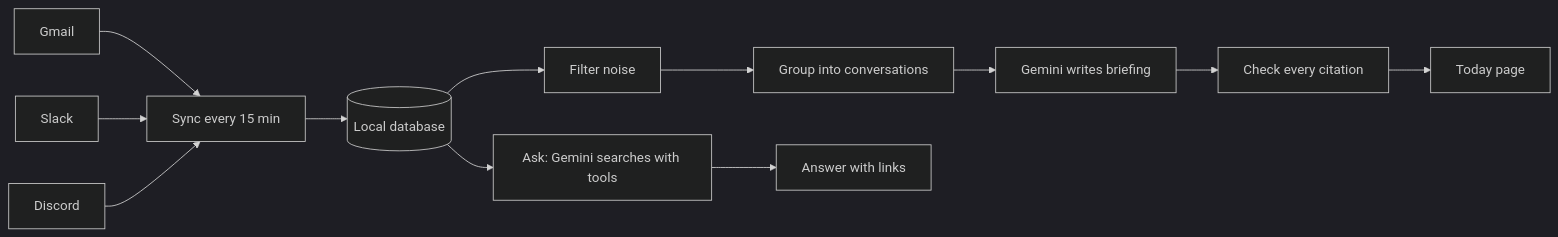
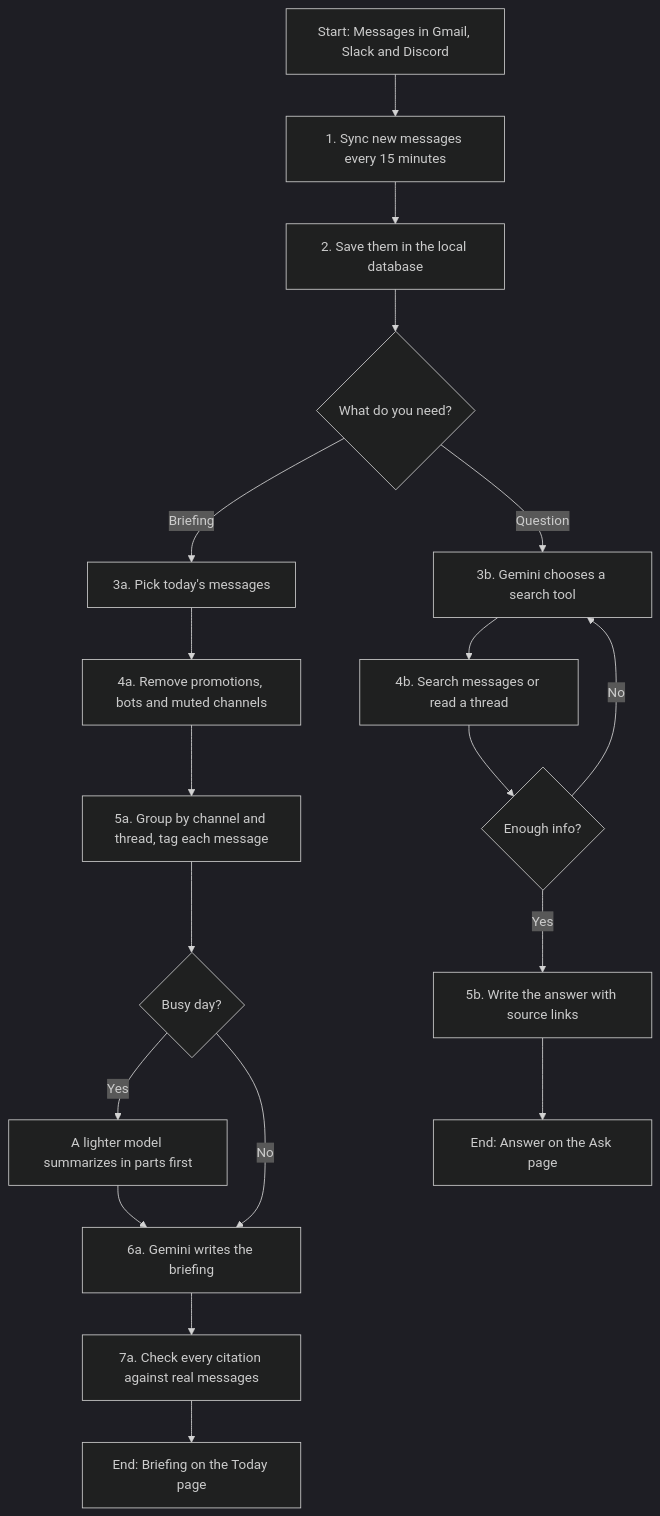
One commit to ShashwatXD/context-os changed the diagram in README.md. Above: the diagram before and after it, drawn with Mermaid (dark theme).

````diff
--- a/README.md
+++ b/README.md
@@ -31,14 +31,23 @@
 ```mermaid
-flowchart LR
-    A[Gmail] --> D[Sync every 15 min]
-    B[Slack] --> D
-    C[Discord] --> D
-    D --> E[(Local database)]
-    E --> F[Filter noise]
-    F --> G[Group into conversations]
-    G --> H[Gemini writes briefing]
-    H --> I[Check every citation]
-    I --> J[Today page]
-    E --> K[Ask: Gemini searches with tools]
-    K --> L[Answer with links]
+graph TD
+    A[Start: Messages in Gmail, Slack and Discord] --> B[1. Sync new messages every 15 minutes];
+    B --> C[2. Save them in the local database];
+    C --> D{What do you need?};
+
+    D -- Briefing --> E1[3a. Pick today's messages];
+    E1 --> F1[4a. Remove promotions, bots and muted channels];
+    F1 --> G1[5a. Group by channel and thread, tag each message];
+    G1 --> H1{Busy day?};
+    H1 -- Yes --> J1[A lighter model summarizes in parts first];
+    J1 --> I1;
+    H1 -- No --> I1[6a. Gemini writes the briefing];
+    I1 --> K1[7a. Check every citation against real messages];
+    K1 --> L1[End: Briefing on the Today page];
+
+    D -- Question --> E2[3b. Gemini chooses a search tool];
+    E2 --> F2[4b. Search messages or read a thread];
+    F2 --> G2{Enough info?};
+    G2 -- No --> E2;
+    G2 -- Yes --> H2[5b. Write the answer with source links];
+    H2 --> L2[End: Answer on the Ask page];
 ```
````
